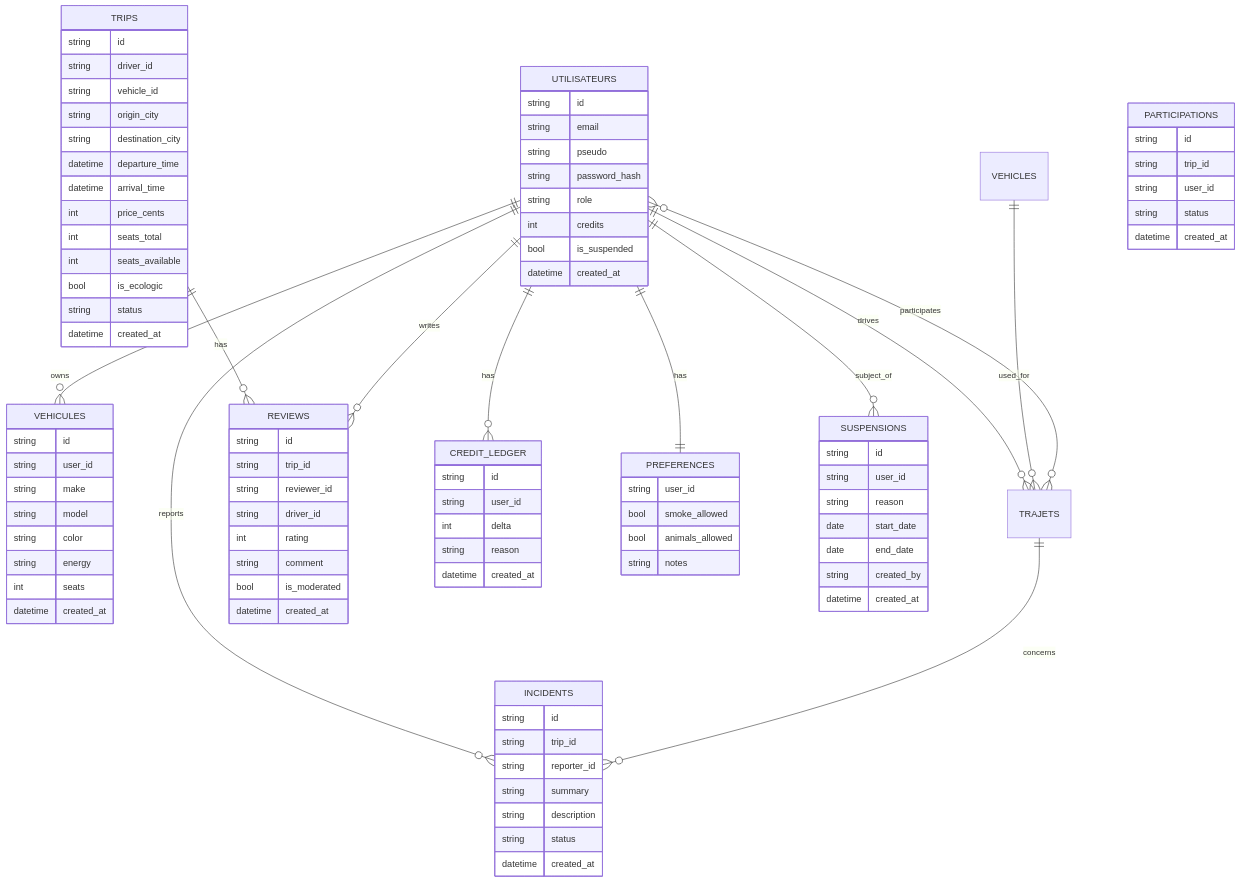
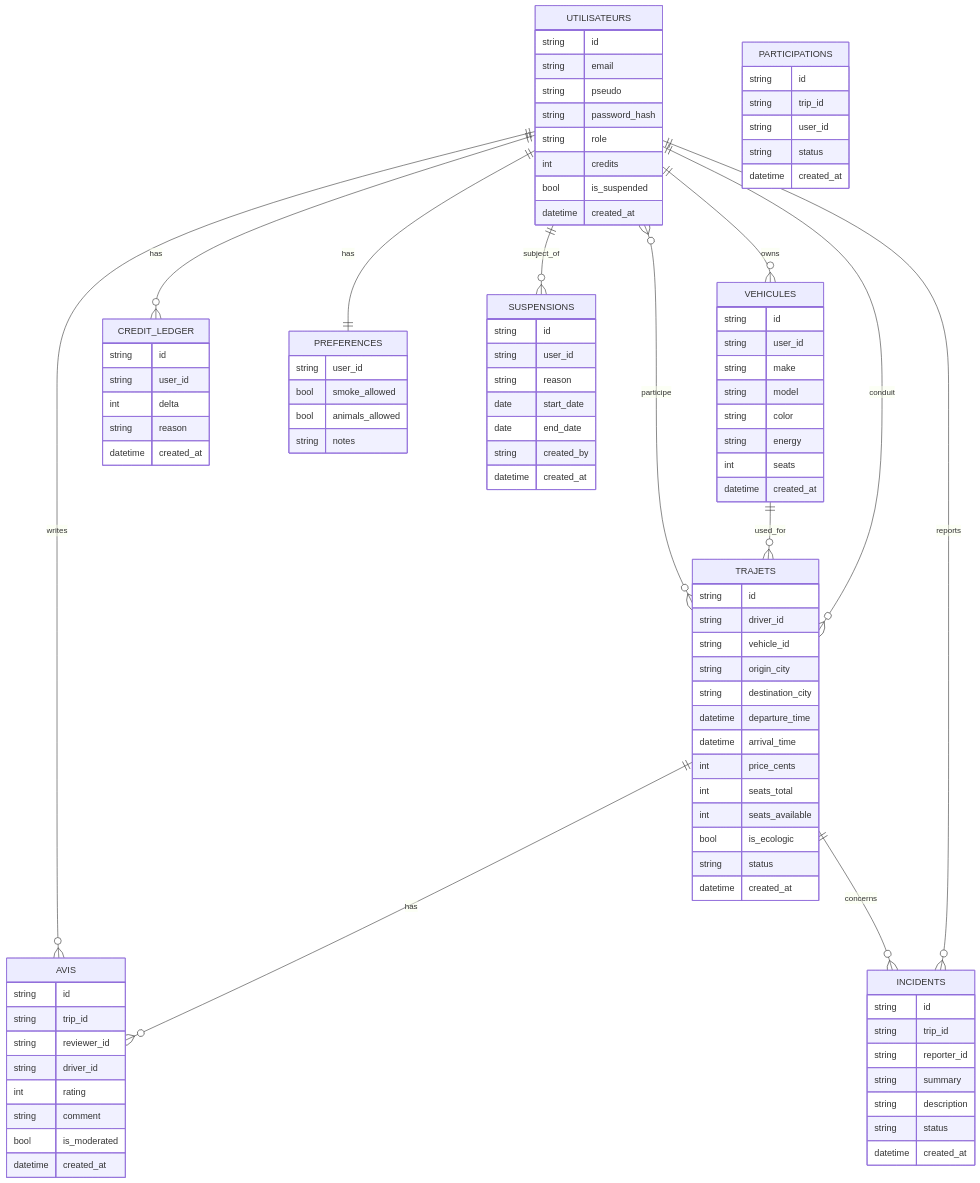
One commit to mle1989972/ecoride changed the diagram in MCD (1).md. Above: the diagram before and after it, drawn with Mermaid.

Commit message:
Update MCD (1).md

````diff
--- a/MCD (1).md
+++ b/MCD (1).md
@@ -7,11 +7,11 @@
 ```mermaid
 erDiagram
   UTILISATEURS ||--o{ VEHICULES : owns
-  UTILISATEURS ||--o{ TRAJETS : drives
-  VEHICLES ||--o{ TRAJETS : used_for
-  UTILISATEURS }o--o{ TRAJETS : participates
-  TRIPS ||--o{ REVIEWS : has
-  UTILISATEURS ||--o{ REVIEWS : writes
+  UTILISATEURS ||--o{ TRAJETS : conduit
+  VEHICULES ||--o{ TRAJETS : used_for
+  UTILISATEURS }o--o{ TRAJETS : participe
+  TRAJETS ||--o{ AVIS : has
+  UTILISATEURS ||--o{ AVIS : writes
   UTILISATEURS ||--o{ CREDIT_LEDGER : has
   UTILISATEURS ||--|| PREFERENCES : has
   UTILISATEURS ||--o{ SUSPENSIONS : subject_of
@@ -47,7 +47,7 @@
     datetime created_at
   }
 
-  TRIPS {
+  TRAJETS {
     string id
     string driver_id
     string vehicle_id
@@ -71,7 +71,7 @@
     datetime created_at
   }
 
-  REVIEWS {
+  AVIS {
     string id
     string trip_id
     string reviewer_id
````
